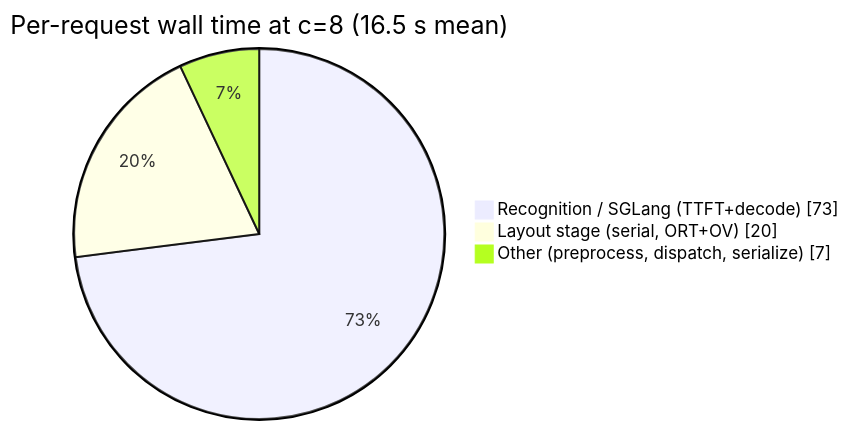
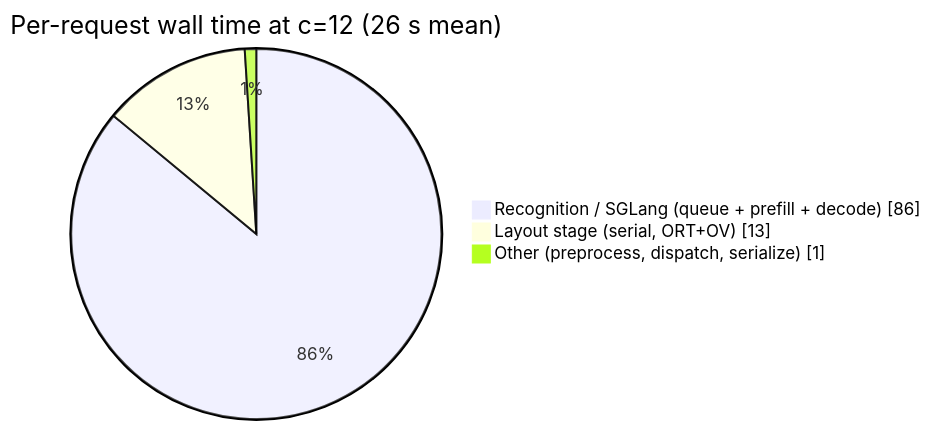
One commit to xDido/glm-ocr changed the fifth of 13 diagrams in docs/ARCHITECTURE-v2.md. Above: the diagram before and after it, drawn with Mermaid. The commit also changed other lines of this file and 37 other files, not shown here.

````diff
--- a/docs/ARCHITECTURE-v2.md
+++ b/docs/ARCHITECTURE-v2.md
@@ -616,7 +624,7 @@
 ```mermaid
 pie showData
-    title Per-request wall time at c=8 (16.5 s mean)
-    "Recognition / SGLang (TTFT+decode)" : 73
-    "Layout stage (serial, ORT+OV)" : 20
-    "Other (preprocess, dispatch, serialize)" : 7
+    title Per-request wall time at c=12 (26 s mean)
+    "Recognition / SGLang (queue + prefill + decode)" : 86
+    "Layout stage (serial, ORT+OV)" : 13
+    "Other (preprocess, dispatch, serialize)" : 1
 ```
````
